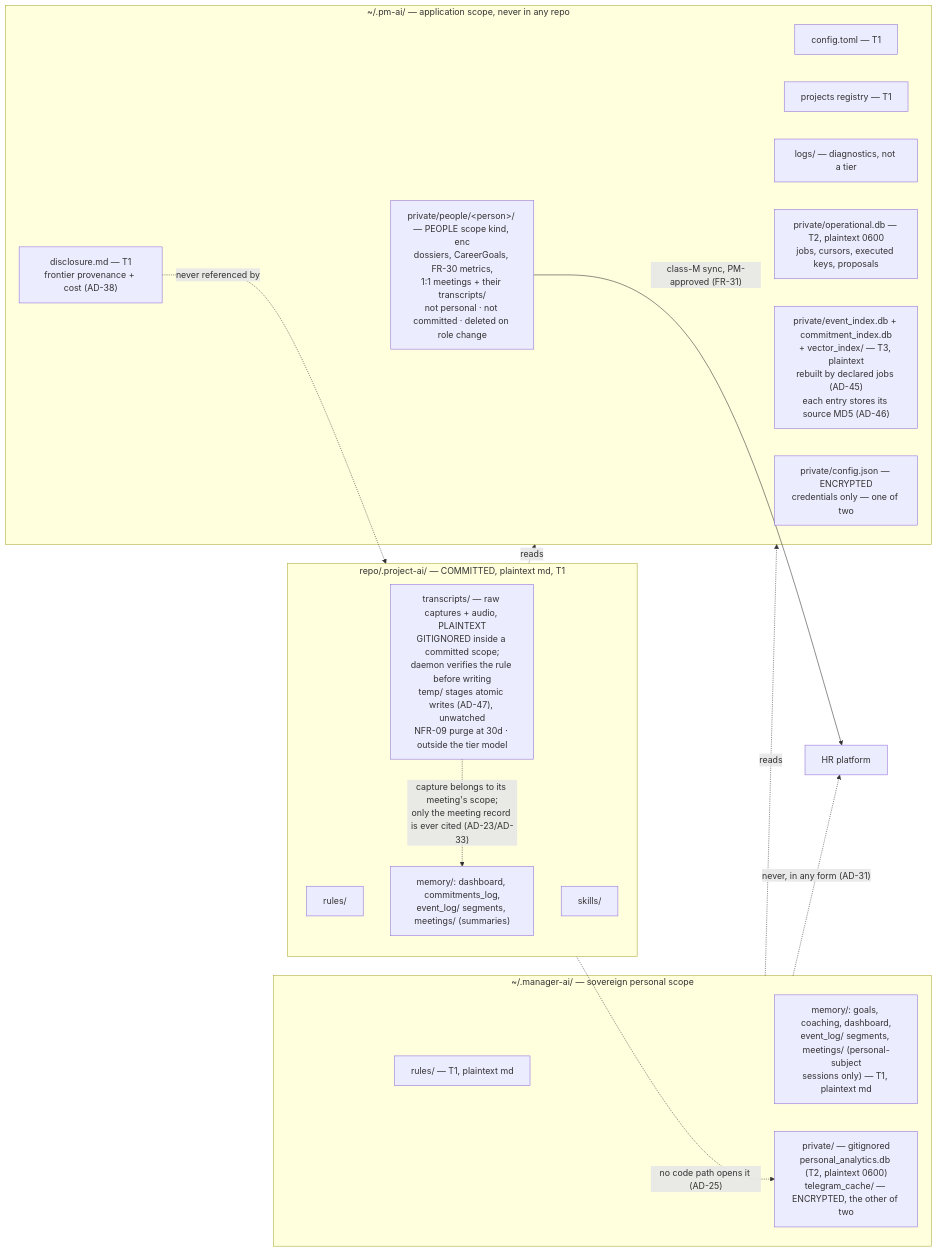
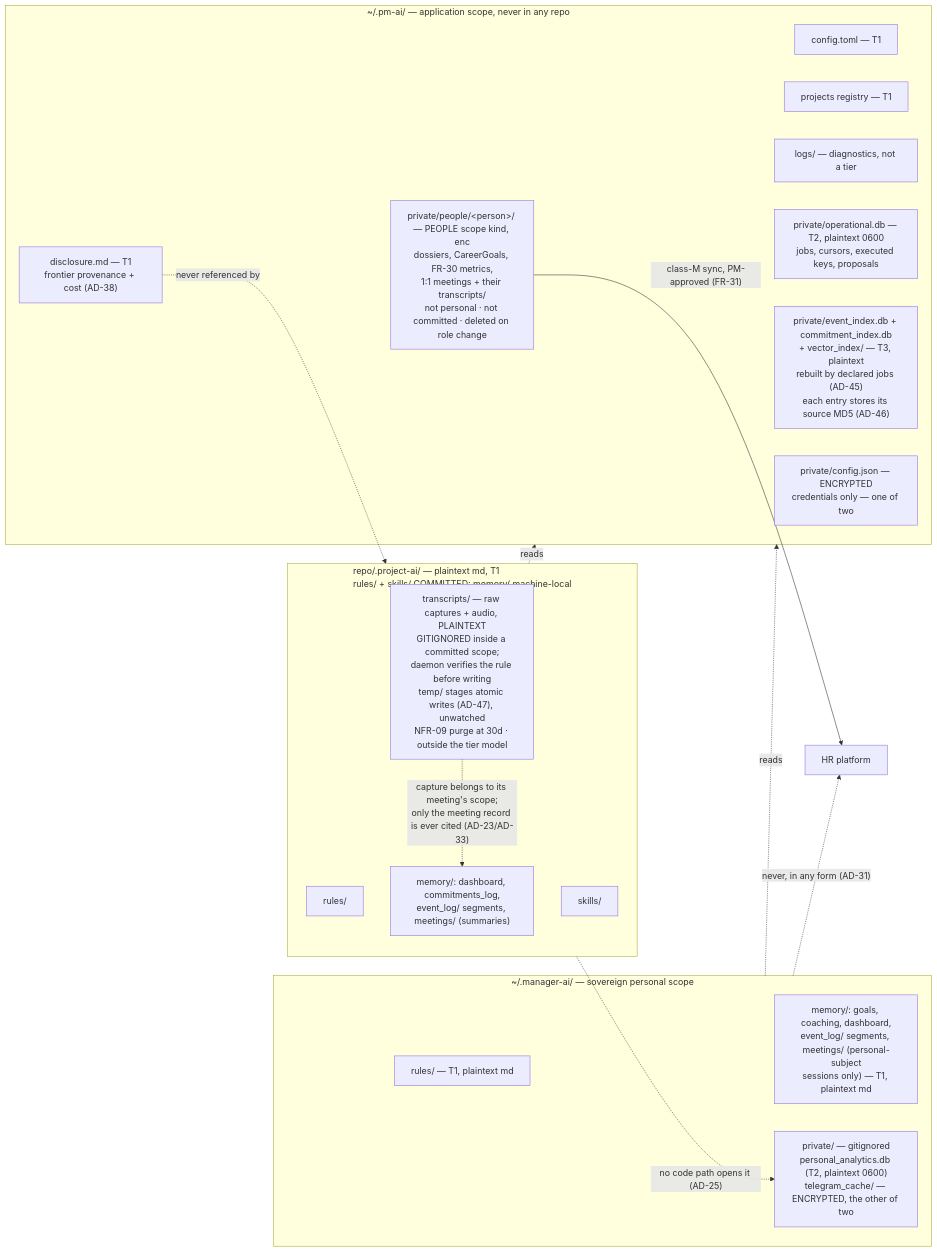
One commit to aramaniuk/pm-ai changed the third of 4 diagrams in _bmad-output/planning-artifacts/architecture/architecture-pm-ai-2026-08-18/ARCHITECTURE-SPINE.md. Above: the diagram before and after it, drawn with Mermaid. The commit also changed other lines of this file and 2 other files, not shown here.

First line of the commit message:
docs(architecture): amend AD-3 and AD-38 for Q6, and surface what the gate found

````diff
--- a/_bmad-output/planning-artifacts/architecture/architecture-pm-ai-2026-08-18/ARCHITECTURE-SPINE.md
+++ b/_bmad-output/planning-artifacts/architecture/architecture-pm-ai-2026-08-18/ARCHITECTURE-SPINE.md
@@ -816,31 +822,31 @@
 ```mermaid
 graph LR
     subgraph APP["~/.pm-ai/ — application scope, never in any repo"]
         A1["config.toml — T1"]
         A2["projects registry — T1"]
         A3["disclosure.md — T1<br/>frontier provenance + cost (AD-38)"]
         A4["logs/ — diagnostics, not a tier"]
         A5["private/operational.db — T2, plaintext 0600<br/>jobs, cursors, executed keys, proposals"]
         A6["private/event_index.db + commitment_index.db<br/>+ vector_index/ — T3, plaintext<br/>rebuilt by declared jobs (AD-45)<br/>each entry stores its source MD5 (AD-46)"]
         A7["private/config.json — ENCRYPTED<br/>credentials only — one of two"]
         A8["private/people/&lt;person&gt;/ — PEOPLE scope kind, enc<br/>dossiers, CareerGoals, FR-30 metrics,<br/>1:1 meetings + their transcripts/<br/>not personal · not committed · deleted on role change"]
     end
     subgraph PERS["~/.manager-ai/ — sovereign personal scope"]
         P1["rules/ — T1, plaintext md"]
         P2["memory/: goals, coaching, dashboard,<br/>event_log/ segments, meetings/ (personal-subject<br/>sessions only) — T1, plaintext md"]
         P3["private/ — gitignored<br/>personal_analytics.db (T2, plaintext 0600)<br/>telegram_cache/ — ENCRYPTED, the other of two"]
     end
-    subgraph PROJ["repo/.project-ai/ — COMMITTED, plaintext md, T1"]
+    subgraph PROJ["repo/.project-ai/ — plaintext md, T1<br/>rules/ + skills/ COMMITTED; memory/ machine-local"]
         R1[rules/]
         R2["memory/: dashboard, commitments_log,<br/>event_log/ segments, meetings/ (summaries)"]
         R3[skills/]
         R4["transcripts/ — raw captures + audio, PLAINTEXT<br/>GITIGNORED inside a committed scope;<br/>daemon verifies the rule before writing<br/>temp/ stages atomic writes (AD-47), unwatched<br/>NFR-09 purge at 30d · outside the tier model"]
     end
     PERS -.reads.-> APP
     PROJ -.reads.-> APP
     A3 -.->|"never referenced by"| PROJ
     A8 -->|"class-M sync, PM-approved (FR-31)"| HR[HR platform]
     PERS -.->|"never, in any form (AD-31)"| HR
     PROJ -.->|"no code path opens it (AD-25)"| P3
     R4 -.->|"capture belongs to its meeting's scope;<br/>only the meeting record is ever cited (AD-23/AD-33)"| R2
 ```
````
